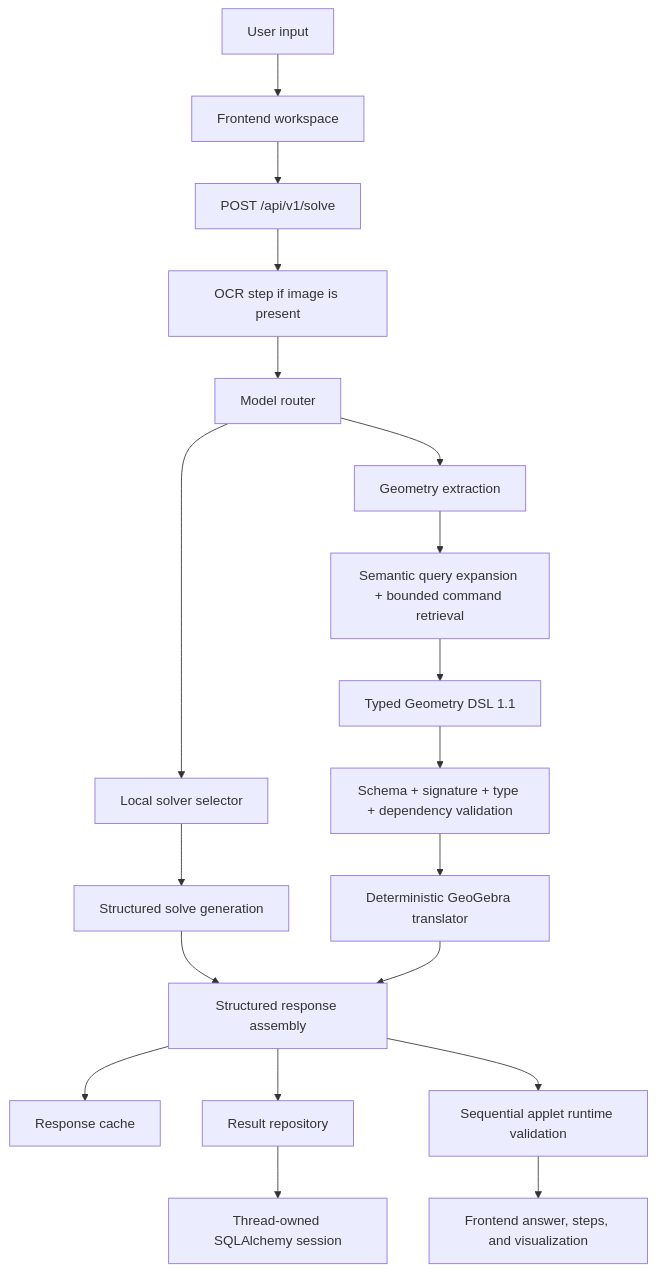
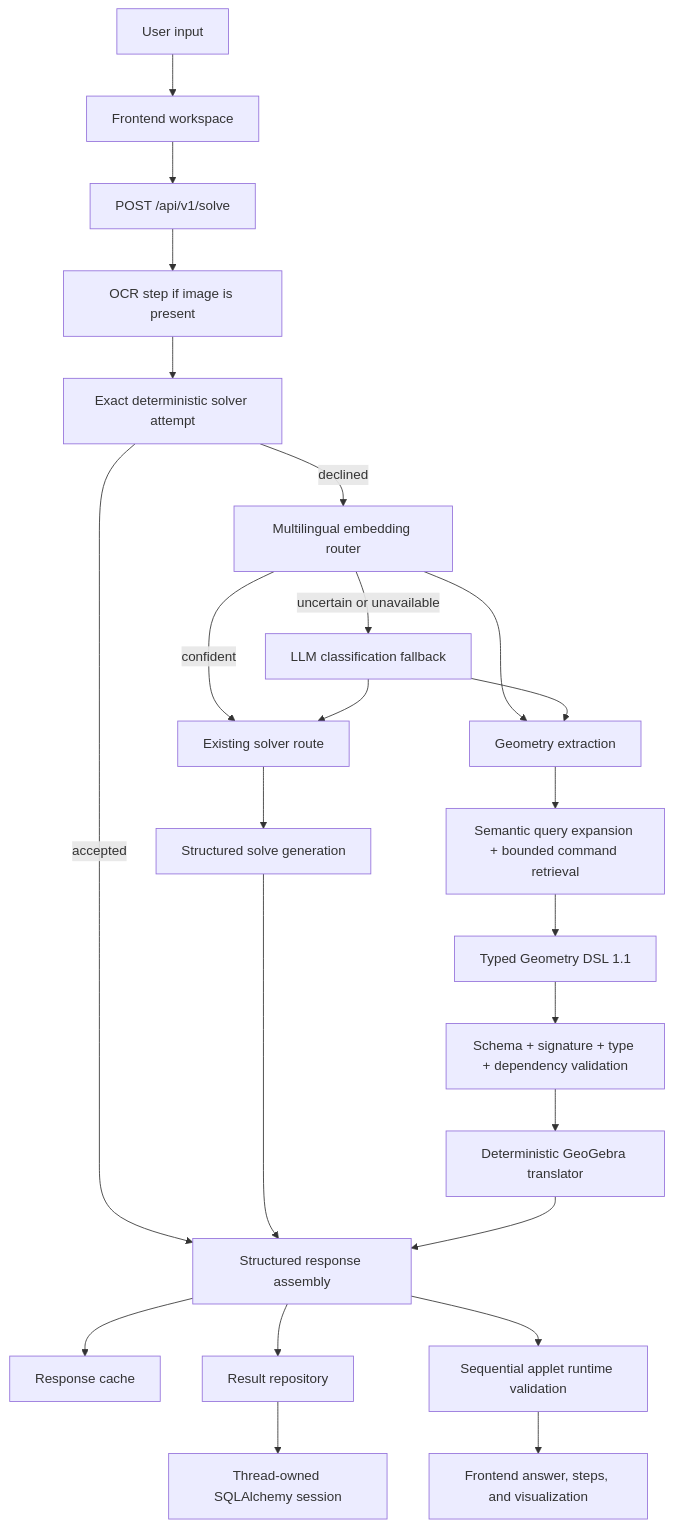
The diagram in docs/ARCHITECTURE.md (adamtcprods/intomath), drawn with Mermaid before and after one commit. The commit also changed other lines of this file and 3 other files, not shown here.

````diff
--- a/docs/ARCHITECTURE.md
+++ b/docs/ARCHITECTURE.md
@@ -17,21 +17,26 @@
 ```mermaid
 flowchart TD
     A[User input] --> B[Frontend workspace]
     B --> C[POST /api/v1/solve]
     C --> D[OCR step if image is present]
-    D --> E[Model router]
-    E --> L[Local solver selector]
+    D --> X[Exact deterministic solver attempt]
+    X -->|accepted| J
+    X -->|declined| E[Multilingual embedding router]
+    E -->|uncertain or unavailable| M[LLM classification fallback]
+    E -->|confident| L[Existing solver route]
+    M --> L
     L --> F[Structured solve generation]
     E --> G[Geometry extraction]
+    M --> G
     G --> H[Semantic query expansion + bounded command retrieval]
     H --> I[Typed Geometry DSL 1.1]
     I --> V[Schema + signature + type + dependency validation]
     V --> T[Deterministic GeoGebra translator]
     F --> J[Structured response assembly]
     T --> J
     J --> K[Response cache]
     J --> P[Result repository]
     P --> Q[Thread-owned SQLAlchemy session]
     J --> R[Sequential applet runtime validation]
     R --> U[Frontend answer, steps, and visualization]
 ```
````
